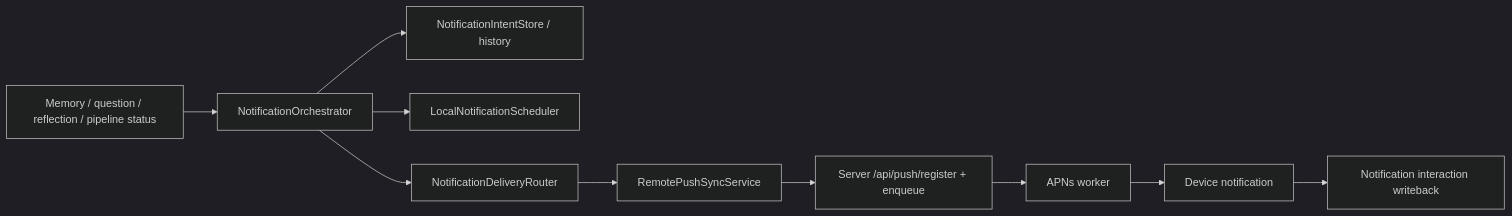
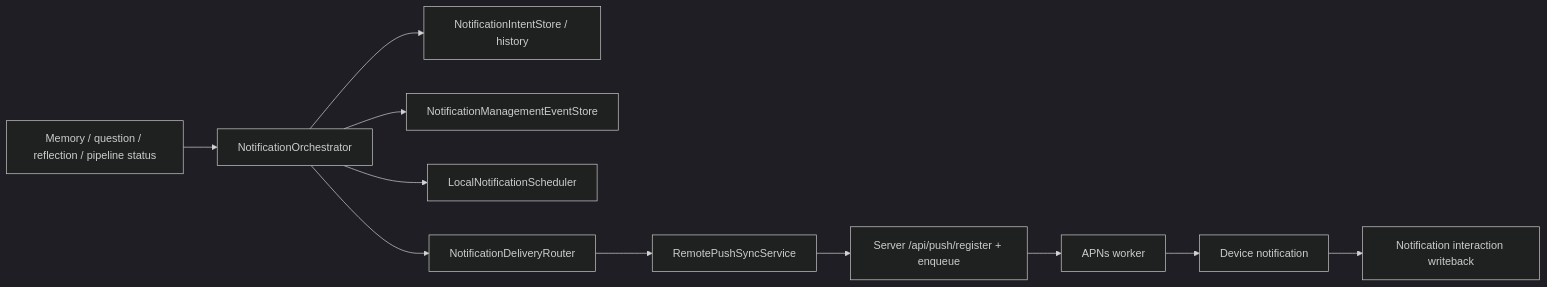
Before and after one commit to daaihang/sprout: the diagram in docs/mory_system_handbook/01_feature_inventory/notifications.md, drawn with Mermaid (dark theme). The commit also changed other lines of this file and 46 other files, not shown here.

Commit message:
feat(notification): add unified management page

````diff
--- a/docs/mory_system_handbook/01_feature_inventory/notifications.md
+++ b/docs/mory_system_handbook/01_feature_inventory/notifications.md
@@ -29,12 +31,13 @@
 ```mermaid
 flowchart LR
     A["Memory / question / reflection / pipeline status"] --> B["NotificationOrchestrator"]
     B --> C["NotificationIntentStore / history"]
+    B --> L["NotificationManagementEventStore"]
     B --> D["LocalNotificationScheduler"]
     B --> E["NotificationDeliveryRouter"]
     E --> F["RemotePushSyncService"]
     F --> G["Server /api/push/register + enqueue"]
     G --> H["APNs worker"]
     H --> I["Device notification"]
     I --> J["Notification interaction writeback"]
 ```
````
